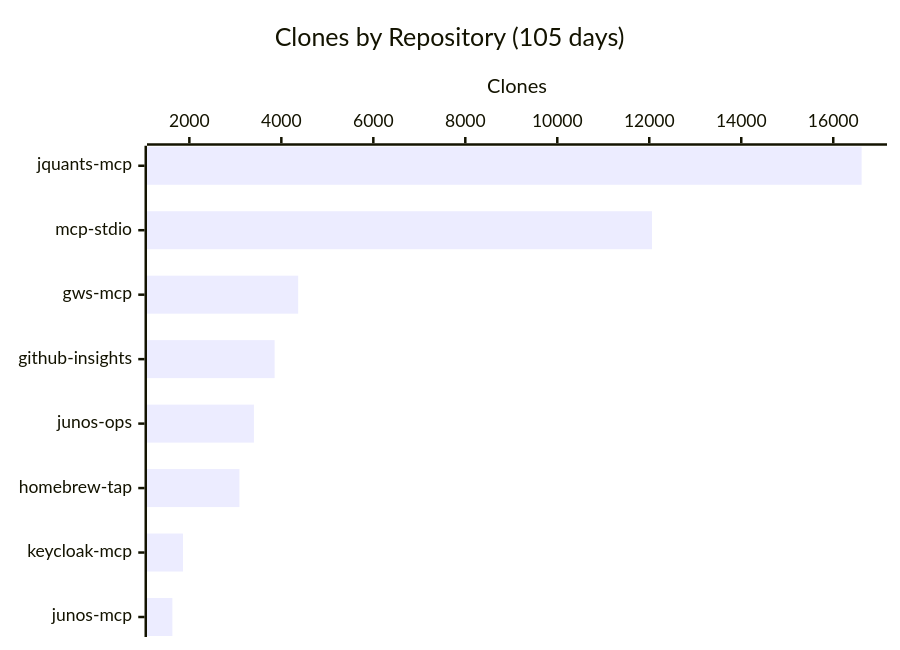
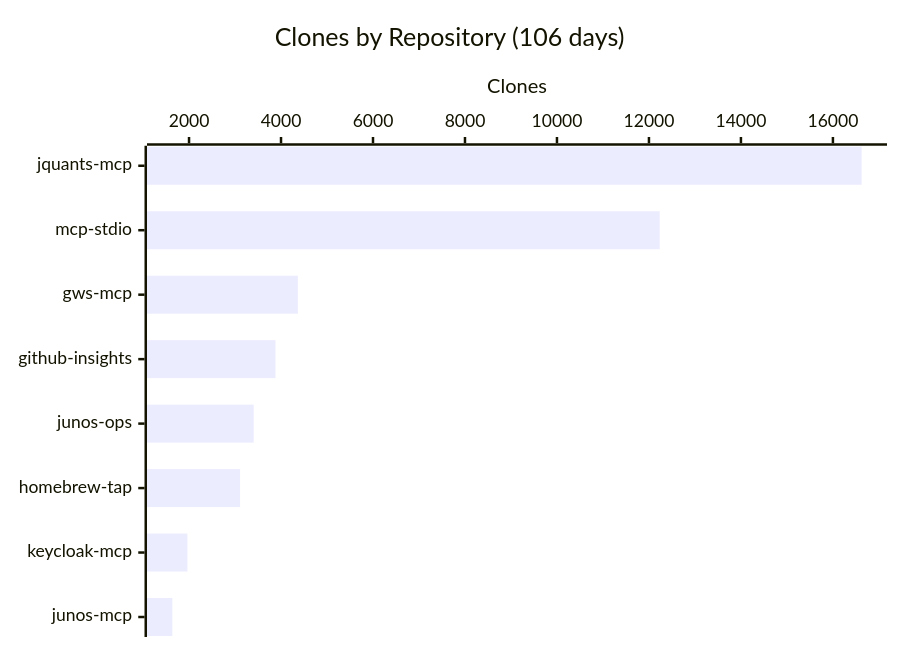
The third of 3 diagrams in README.md (shigechika/github-insights), drawn with Mermaid before and after one commit. The commit also changed other lines of this file and 2 other files, not shown here.

````diff
--- a/README.md
+++ b/README.md
@@ -43,7 +43,7 @@
 ```mermaid
 xychart-beta horizontal
-    title "Clones by Repository (105 days)"
+    title "Clones by Repository (106 days)"
     x-axis ["jquants-mcp", "mcp-stdio", "gws-mcp", "github-insights", "junos-ops", "homebrew-tap", "keycloak-mcp", "junos-mcp"]
     y-axis "Clones"
-    bar [16617, 12060, 4366, 3854, 3404, 3089, 1861, 1631]
+    bar [16624, 12234, 4367, 3880, 3407, 3110, 1965, 1638]
 ```
````
